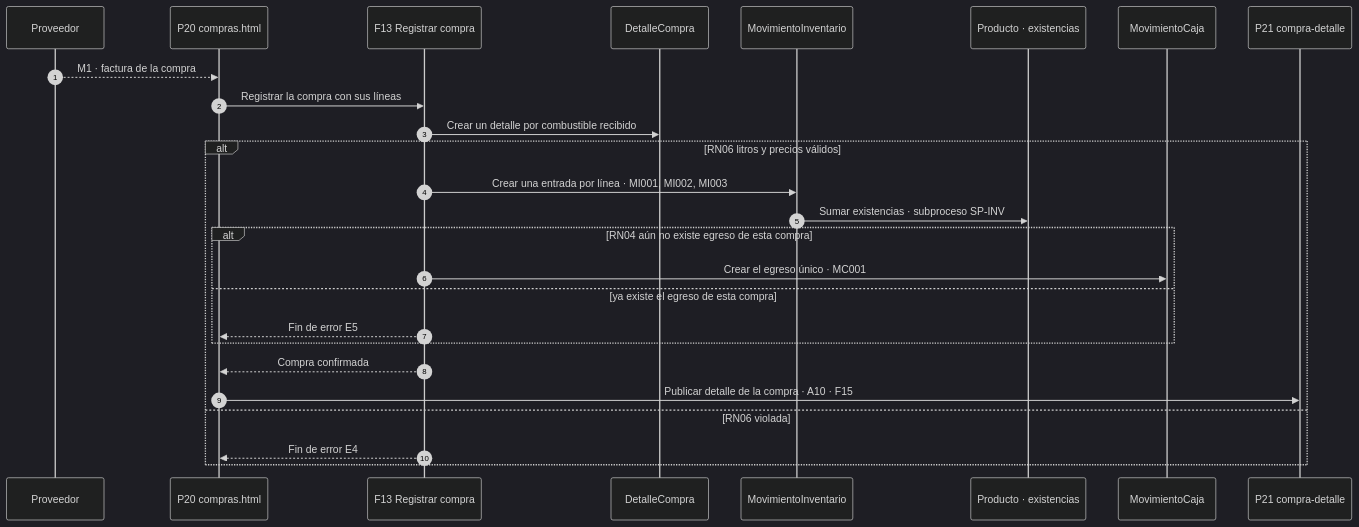
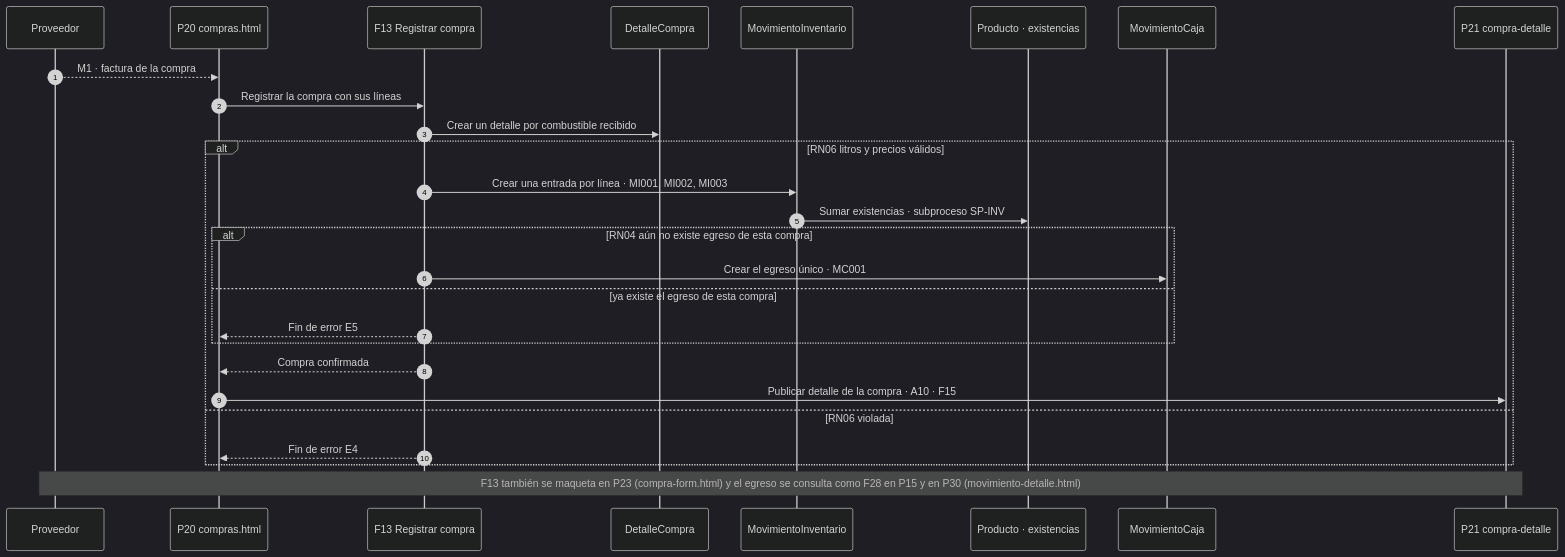
One commit to 4dr1-2529/gasolineria-ingweb changed the second of 4 diagrams in documentacion/10_productos_y_entregables.md. Above: the diagram before and after it, drawn with Mermaid (dark theme). The commit also changed other lines of this file and 43 other files, not shown here.

````diff
--- a/documentacion/10_productos_y_entregables.md
+++ b/documentacion/10_productos_y_entregables.md
@@ -109,28 +113,29 @@
 ```mermaid
 sequenceDiagram
     autonumber
     participant PRV as Proveedor
     participant P20 as P20 compras.html
     participant F13 as F13 Registrar compra
     participant DTC as DetalleCompra
     participant INV as MovimientoInventario
     participant PRO as Producto · existencias
     participant CAJ as MovimientoCaja
     participant P21 as P21 compra-detalle
     PRV-->>P20: M1 · factura de la compra
     P20->>F13: Registrar la compra con sus líneas
     F13->>DTC: Crear un detalle por combustible recibido
     alt RN06 litros y precios válidos
         F13->>INV: Crear una entrada por línea · MI001, MI002, MI003
         INV->>PRO: Sumar existencias · subproceso SP-INV
         alt RN04 aún no existe egreso de esta compra
             F13->>CAJ: Crear el egreso único · MC001
         else ya existe el egreso de esta compra
             F13-->>P20: Fin de error E5
         end
         F13-->>P20: Compra confirmada
         P20->>P21: Publicar detalle de la compra · A10 · F15
     else RN06 violada
         F13-->>P20: Fin de error E4
     end
+    Note over PRV, P21: F13 también se maqueta en P23 (compra-form.html) y el egreso se consulta como F28 en P15 y en P30 (movimiento-detalle.html)
 ```
````
